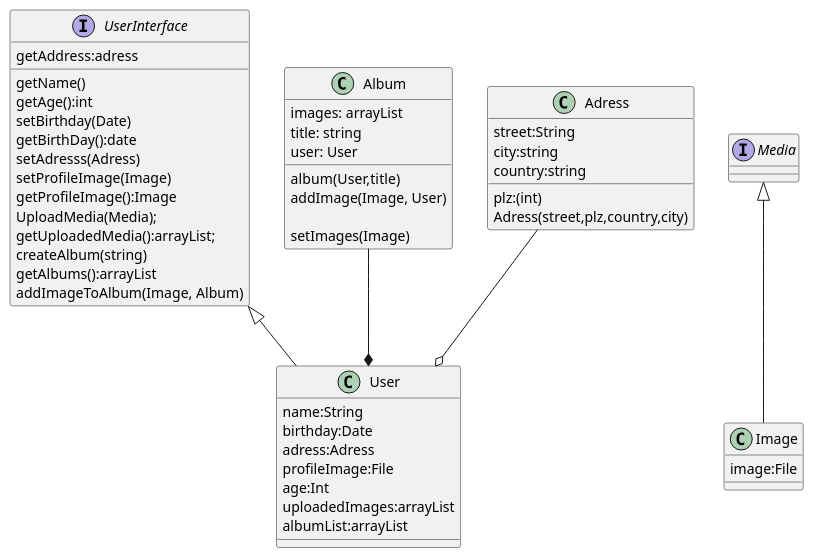
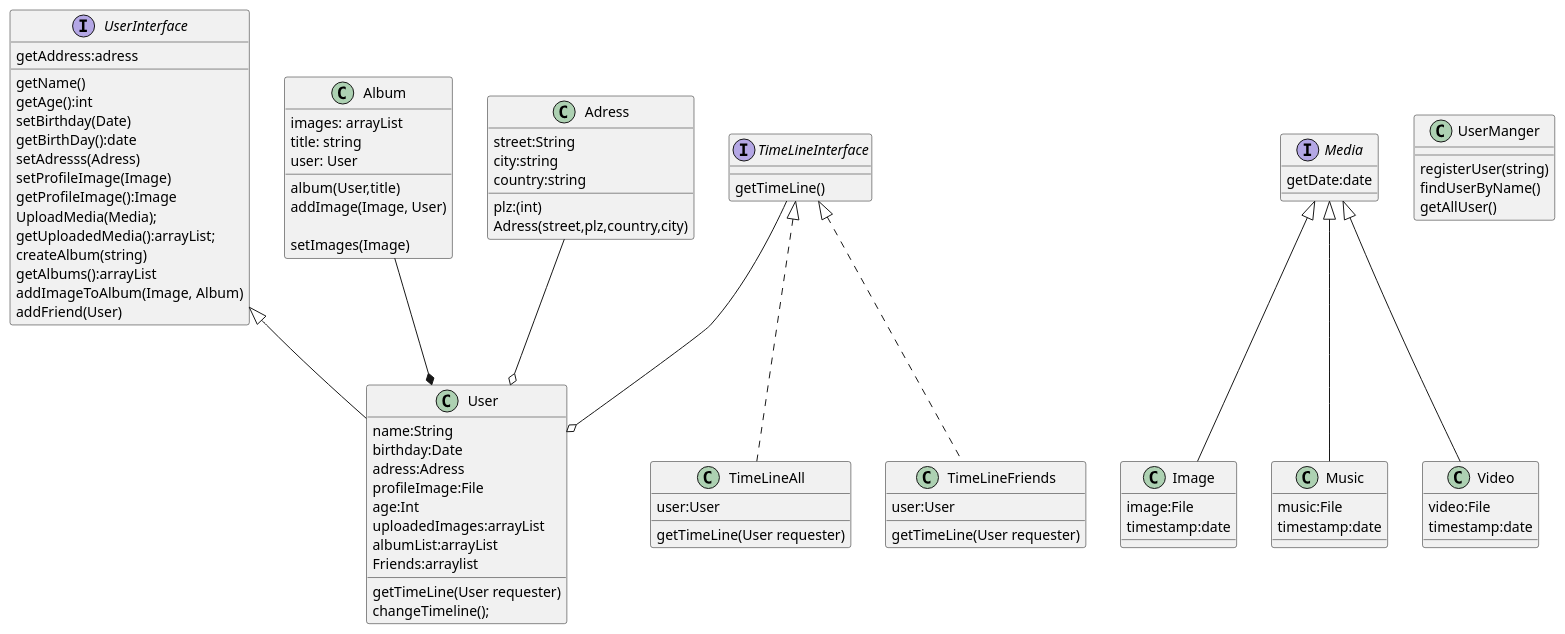
The diagram in out/production/Social-Media/Feat-1/registerUser.puml (LuluSchnee/Social-Media), drawn with PlantUML before and after one commit. The commit also changed 30 other files, not shown here.

```diff
--- a/out/production/Social-Media/Feat-1/registerUser.puml
+++ b/out/production/Social-Media/Feat-1/registerUser.puml
@@ -1,62 +1,100 @@
 @startuml
 'https://plantuml.com/class-diagram
 
 Interface UserInterface{
 getName()
 getAge():int
 setBirthday(Date)
 getBirthDay():date
 setAdresss(Adress)
 getAddress:adress
 setProfileImage(Image)
 getProfileImage():Image
  UploadMedia(Media);
  getUploadedMedia():arrayList;
 createAlbum(string)
 getAlbums():arrayList
 addImageToAlbum(Image, Album)
+addFriend(User)
 }
 
 Class User{
 name:String
 birthday:Date
 adress:Adress
 profileImage:File
 age:Int
 uploadedImages:arrayList
 albumList:arrayList
+Friends:arraylist
+getTimeLine(User requester)
+changeTimeline();
 }
 
 Interface Media{
-
+getDate:date
 }
 class Image{
 image:File
+timestamp:date
+}
+class Music{
+music:File
+timestamp:date
+}
+class Video{
+video:File
+timestamp:date
 }
 class Album{
 images: arrayList
 title: string
 user: User
 album(User,title)
 addImage(Image, User)
 
 setImages(Image)
 
 }
 class Adress{
 street:String
 plz:(int)
 city:string
 country:string
 Adress(street,plz,country,city)
 }
+
+Class UserManger{
+registerUser(string)
+findUserByName()
+getAllUser()
+}
+
+Interface TimeLineInterface{
+getTimeLine()
+}
+
+class TimeLineAll Implements TimeLineInterface{
+user:User
+getTimeLine(User requester)
+}
+
+class TimeLineFriends Implements TimeLineInterface{
+user:User
+
+
+getTimeLine(User requester)
+}
 Media <|--  Image
+Media <|--  Video
+Media <|--  Music
 Adress --o User
+TimeLineInterface --o User
 Album  --* User
 UserInterface <|-- User
 
 
 
 
 
 @enduml
```
